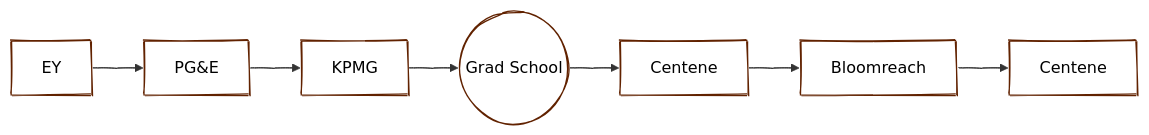
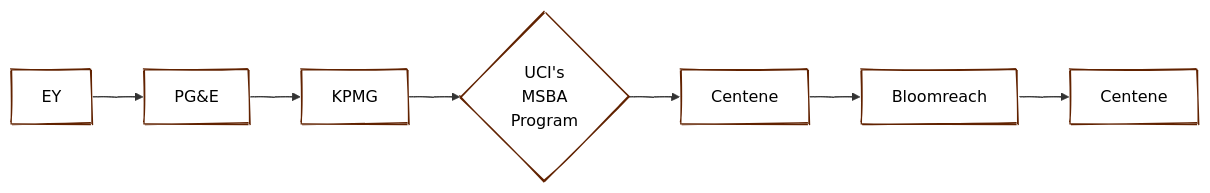
Before and after one commit to JavOrraca/Big-Data-Tiny-Laptop: the third of 13 diagrams in big-data-tiny-laptop.qmd, drawn with Mermaid. The commit also changed other lines of this file and 73 other files, not shown here.

````diff
--- a/big-data-tiny-laptop.qmd
+++ b/big-data-tiny-laptop.qmd
@@ -58,18 +61,18 @@
 ```{mermaid}
 %%| eval: true
 ---
 config:
   look: handDrawn
 ---
 
 flowchart LR
   A[EY] --> B[PG&E]
   B --> C[KPMG]
-  C --> D((Grad School))
+  C --> D{UCI's<br>MSBA<br>Program}
   D --> E[Centene]
   E --> F[Bloomreach]
   F --> G[Centene]
 
   classDef whitedrawn fill:#ffffff,stroke:#612200,color:#000000;
   class A,B,C,D,E,F,G whitedrawn;
 ```
````
